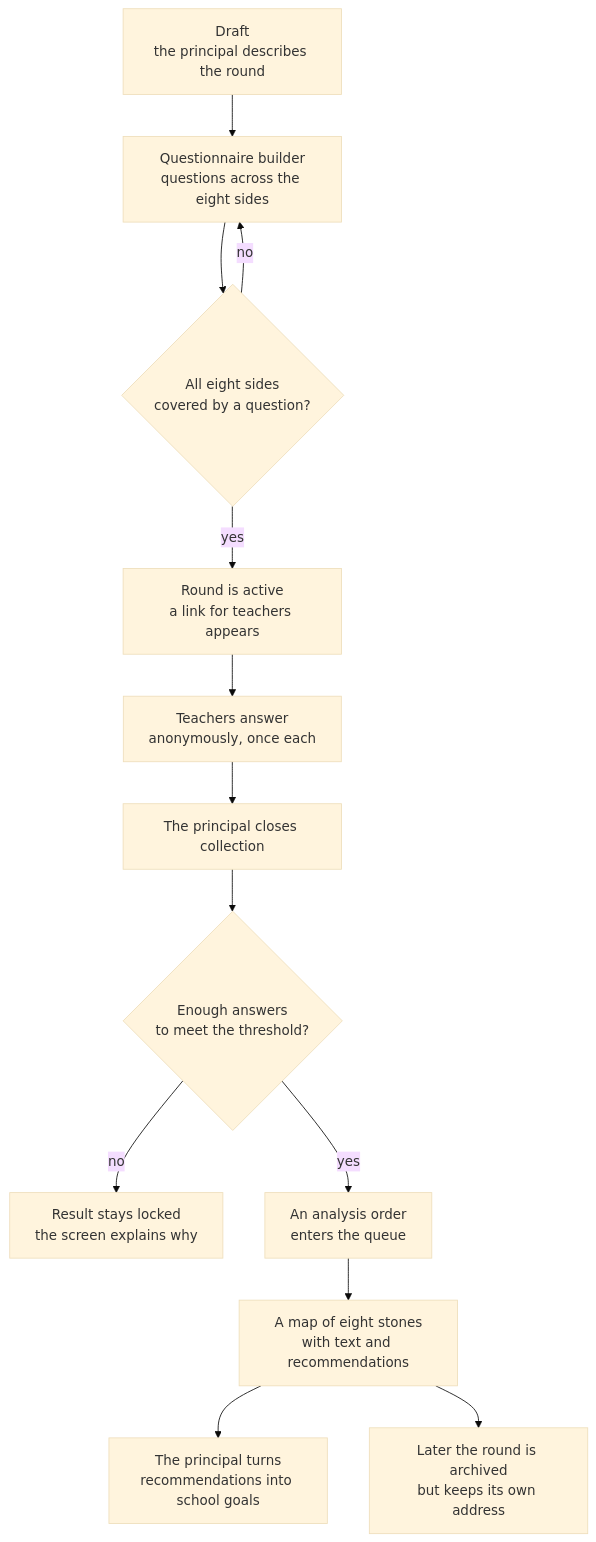
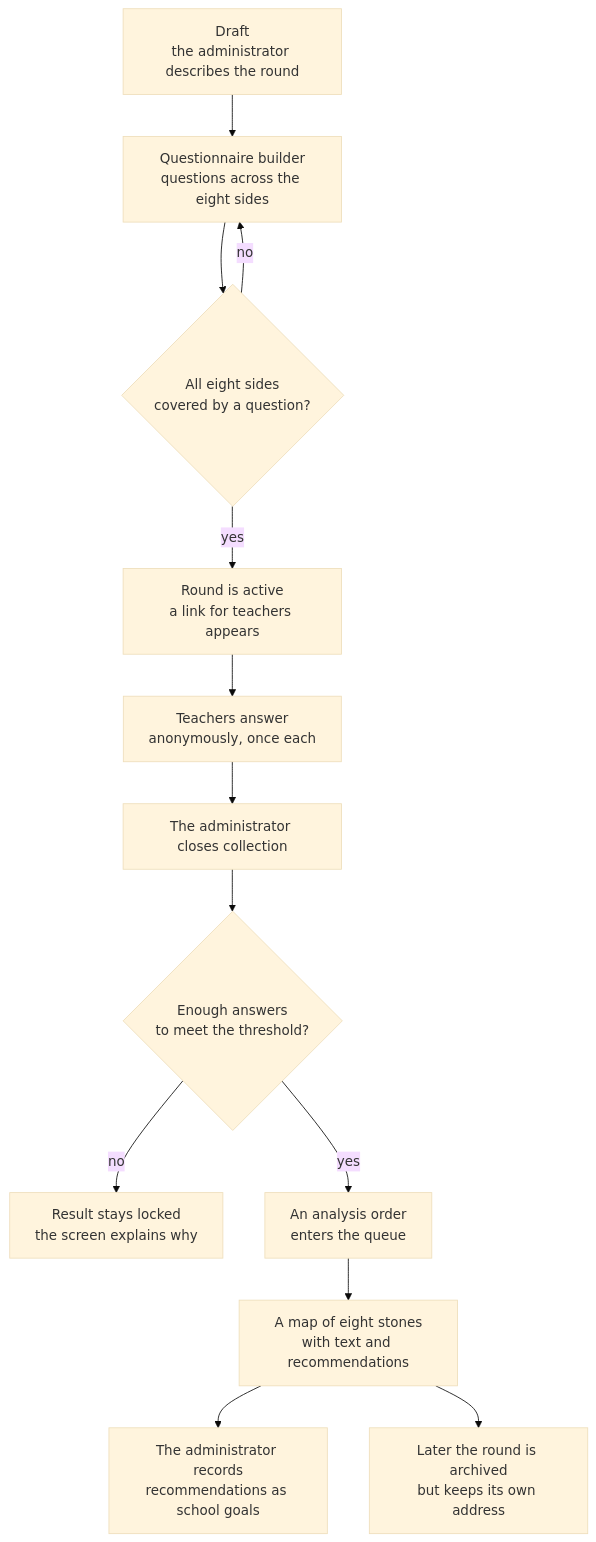
The second of 5 diagrams in docs/platform-handbook.md (shteynu/shalomut-map-demo), drawn with Mermaid (base theme) before and after one commit. The commit also changed other lines of this file and 4 other files, not shown here.

First line of the commit message:
docs(overview): the handbook and its Russian page name the school user and the administrator

````diff
--- a/docs/platform-handbook.md
+++ b/docs/platform-handbook.md
@@ -105,15 +107,15 @@
 ```mermaid
 flowchart TD
-    S["Draft<br/>the principal describes the round"] --> Q["Questionnaire builder<br/>questions across the eight sides"]
+    S["Draft<br/>the administrator describes the round"] --> Q["Questionnaire builder<br/>questions across the eight sides"]
     Q --> V{"All eight sides<br/>covered by a question?"}
     V -->|no| Q
     V -->|yes| A["Round is active<br/>a link for teachers appears"]
     A --> R["Teachers answer<br/>anonymously, once each"]
-    R --> Cl["The principal closes collection"]
+    R --> Cl["The administrator closes collection"]
     Cl --> P{"Enough answers<br/>to meet the threshold?"}
     P -->|no| L["Result stays locked<br/>the screen explains why"]
     P -->|yes| An["An analysis order<br/>enters the queue"]
     An --> Map["A map of eight stones<br/>with text and recommendations"]
-    Map --> G["The principal turns<br/>recommendations into school goals"]
+    Map --> G["The administrator records<br/>recommendations as school goals"]
     Map --> Ar["Later the round is archived<br/>but keeps its own address"]
 ```
````
